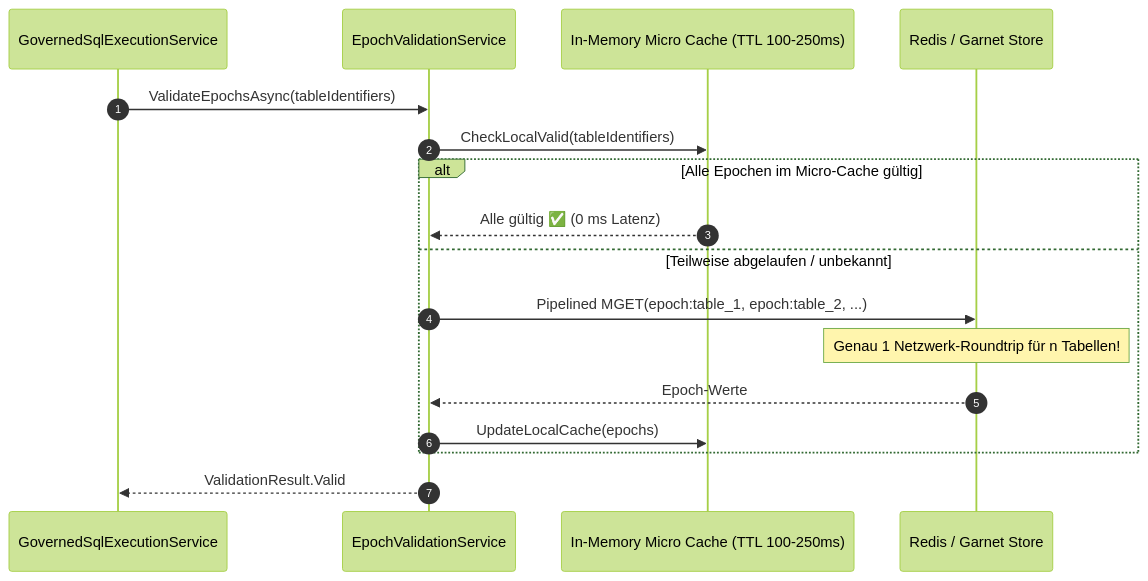
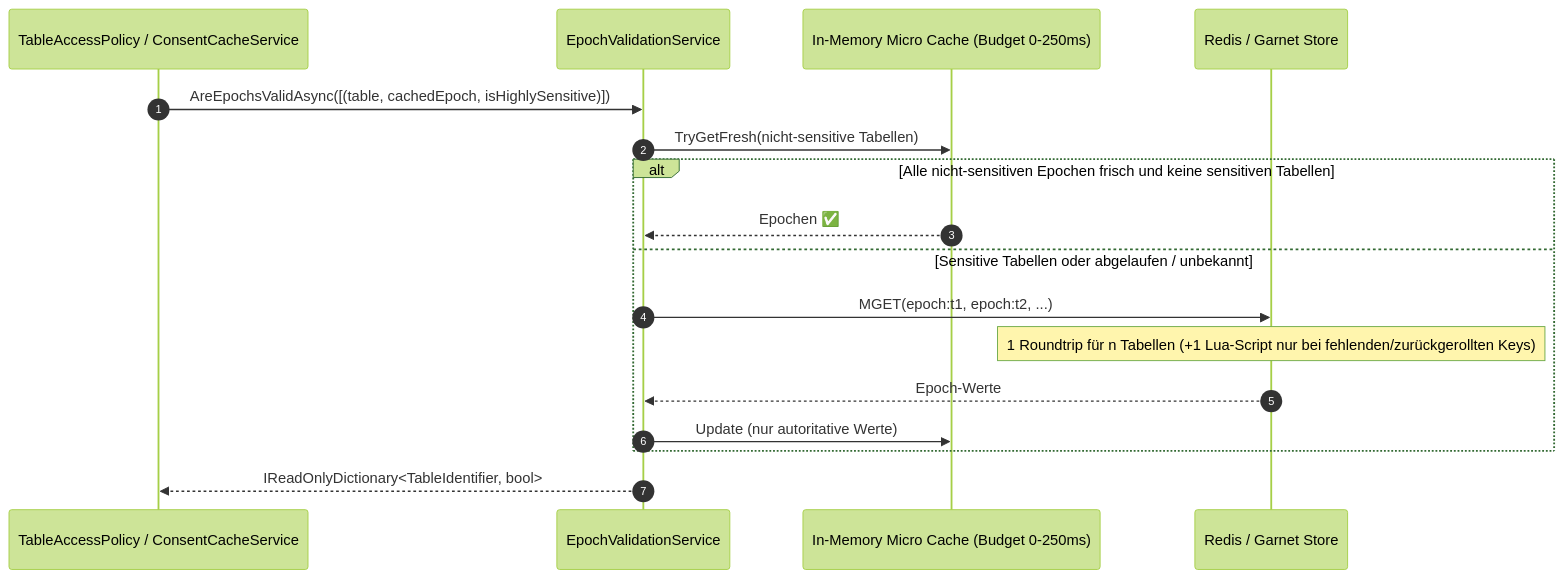
One commit to themulle/autheris changed the diagram in docs/plans/plan-architektur-performance-caching-dialekte.md. Above: the diagram before and after it, drawn with Mermaid (forest theme). The commit also changed other lines of this file and 6 other files, not shown here.

````diff
--- a/docs/plans/plan-architektur-performance-caching-dialekte.md
+++ b/docs/plans/plan-architektur-performance-caching-dialekte.md
@@ -31,20 +32,20 @@
 ```mermaid
 sequenceDiagram
     autonumber
-    participant Engine as GovernedSqlExecutionService
+    participant Policy as TableAccessPolicy / ConsentCacheService
     participant EVS as EpochValidationService
-    participant LocalCache as In-Memory Micro Cache (TTL 100-250ms)
+    participant LocalCache as In-Memory Micro Cache (Budget 0-250ms)
     participant Redis as Redis / Garnet Store
 
-    Engine->>EVS: ValidateEpochsAsync(tableIdentifiers)
-    EVS->>LocalCache: CheckLocalValid(tableIdentifiers)
-    alt Alle Epochen im Micro-Cache gültig
-        LocalCache-->>EVS: Alle gültig ✅ (0 ms Latenz)
-    else Teilweise abgelaufen / unbekannt
-        EVS->>Redis: Pipelined MGET(epoch:table_1, epoch:table_2, ...)
-        Note over Redis: Genau 1 Netzwerk-Roundtrip für n Tabellen!
+    Policy->>EVS: AreEpochsValidAsync([(table, cachedEpoch, isHighlySensitive)])
+    EVS->>LocalCache: TryGetFresh(nicht-sensitive Tabellen)
+    alt Alle nicht-sensitiven Epochen frisch und keine sensitiven Tabellen
+        LocalCache-->>EVS: Epochen ✅
+    else Sensitive Tabellen oder abgelaufen / unbekannt
+        EVS->>Redis: MGET(epoch:t1, epoch:t2, ...)
+        Note over Redis: 1 Roundtrip für n Tabellen (+1 Lua-Script nur bei fehlenden/zurückgerollten Keys)
         Redis-->>EVS: Epoch-Werte
-        EVS->>LocalCache: UpdateLocalCache(epochs)
+        EVS->>LocalCache: Update (nur autoritative Werte)
     end
-    EVS-->>Engine: ValidationResult.Valid
+    EVS-->>Policy: IReadOnlyDictionary<TableIdentifier, bool>
 ```
````
